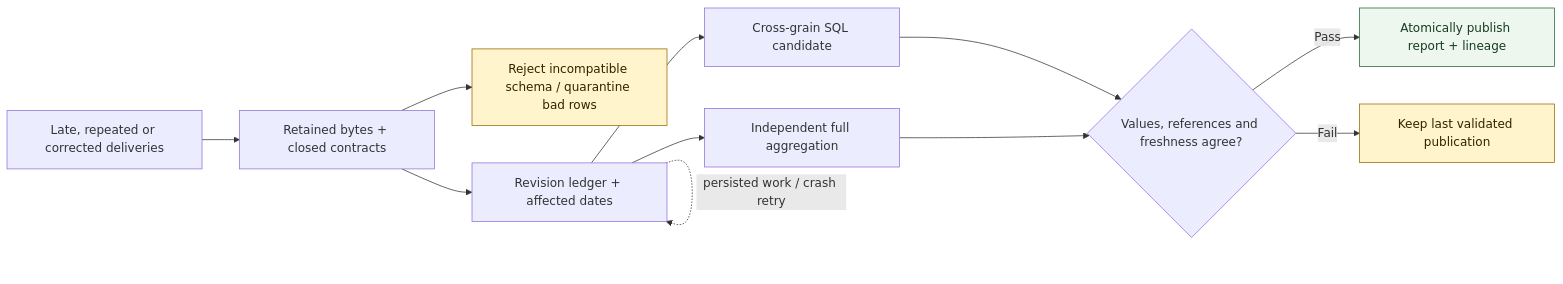
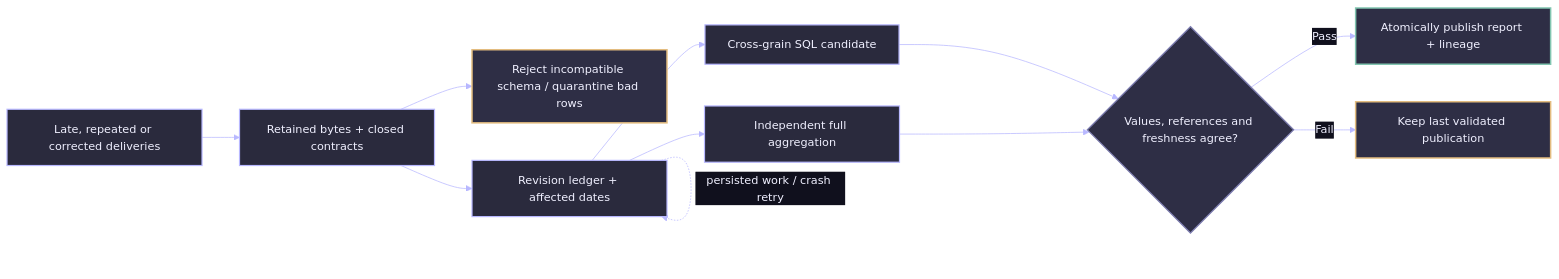
The diagram in README.md (rlbsem/martech-data-reliability), drawn with Mermaid before and after one commit. The commit also changed 3 other files, not shown here.

Commit message:
Apply Groundbreakers engineering diagram palette (#1)

````diff
--- a/README.md
+++ b/README.md
@@ -11,17 +11,22 @@
 ```mermaid
+%%{init: {"theme":"base","themeVariables":{"background":"#10101D","primaryColor":"#2A2A3D","primaryTextColor":"#F0F0FF","primaryBorderColor":"#7C7CAF","lineColor":"#B8B8FF","textColor":"#F0F0FF","secondaryColor":"#181825","tertiaryColor":"#2E2E45","fontFamily":"IBM Plex Sans, Arial, sans-serif","fontSize":"15px","edgeLabelBackground":"#10101D"}}}%%
 flowchart LR
   A[Late, repeated or corrected deliveries] --> B[Retained bytes + closed contracts]
   B --> Q[Reject incompatible schema / quarantine bad rows]
   B --> C[Revision ledger + affected dates]
   C --> S[Cross-grain SQL candidate]
   C --> O[Independent full aggregation]
   S --> G{Values, references and freshness agree?}
   O --> G
   G -->|Pass| P[Atomically publish report + lineage]
   G -->|Fail| K[Keep last validated publication]
   C -. persisted work / crash retry .-> C
-  classDef hold fill:#fff4cc,stroke:#946800,color:#302300;
-  classDef publish fill:#edf7ee,stroke:#246634,color:#163b20;
+  classDef hold fill:#2E2E45,stroke:#E3BC7F,color:#F0F0FF,stroke-width:2px;
+  classDef publish fill:#2E2E45,stroke:#81C5B0,color:#F0F0FF,stroke-width:2px;
+  classDef process fill:#2A2A3D,stroke:#B8B8FF,color:#F0F0FF,stroke-width:1.6px;
+  classDef decision fill:#2E2E45,stroke:#7C7CAF,color:#F0F0FF,stroke-width:1.7px;
+  class A,B,C,S,O process;
+  class G decision;
   class Q,K hold;
   class P publish;
 ```
````
